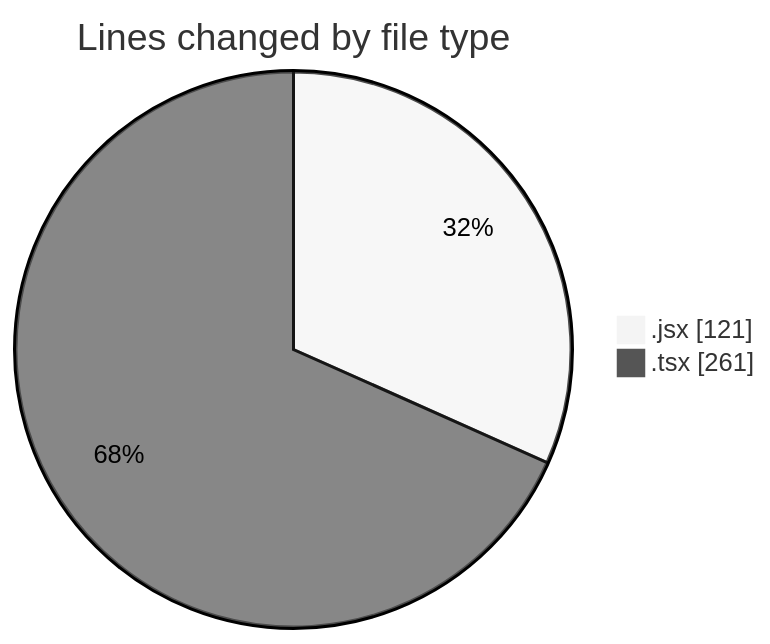
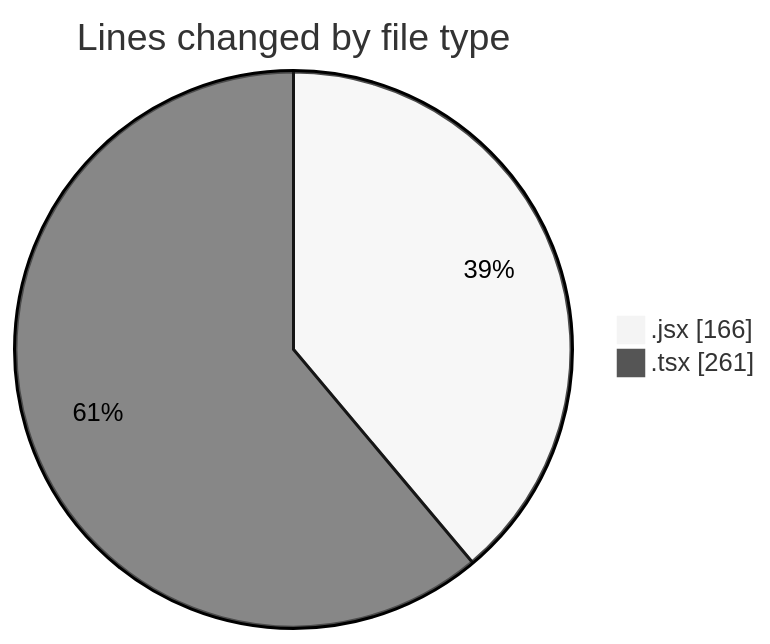
One commit to momahboobian/code-tracking changed the first of 2 diagrams in 2026-02-11/cda/README.md. Above: the diagram before and after it, drawn with Mermaid (neutral theme). The commit also changed other lines of this file and 1 other file, not shown here.

````diff
--- a/2026-02-11/cda/README.md
+++ b/2026-02-11/cda/README.md
@@ -23,6 +23,6 @@
 ```mermaid
 pie showData
 title Lines changed by file type
-".jsx" : 121
+".jsx" : 166
 ".tsx" : 261
 ```
````
